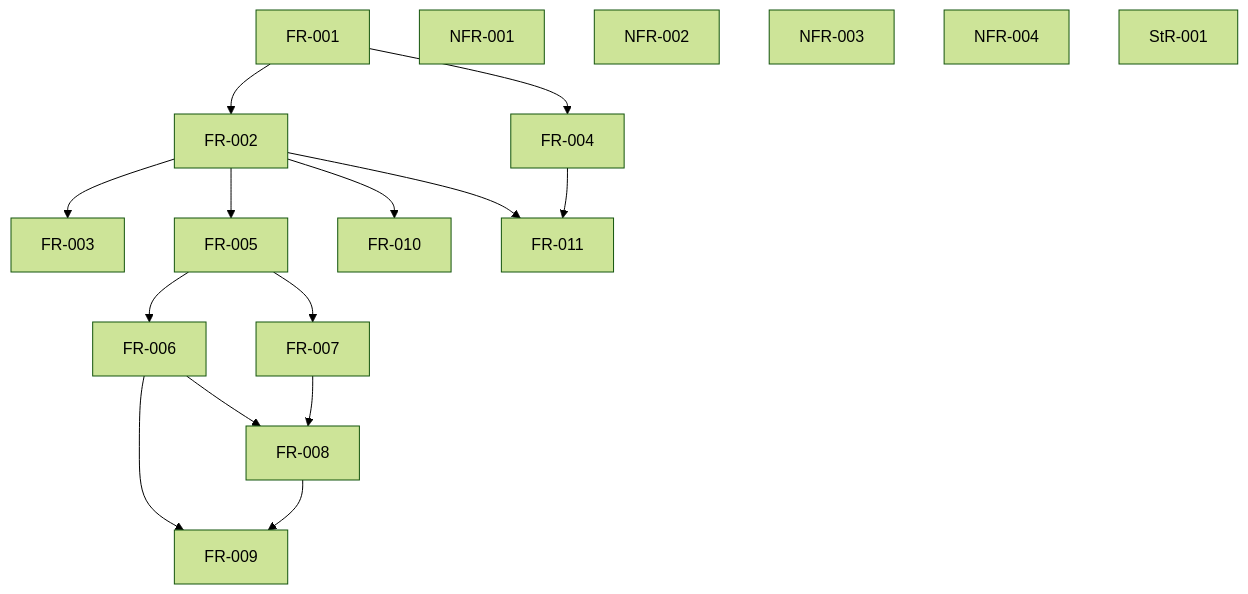
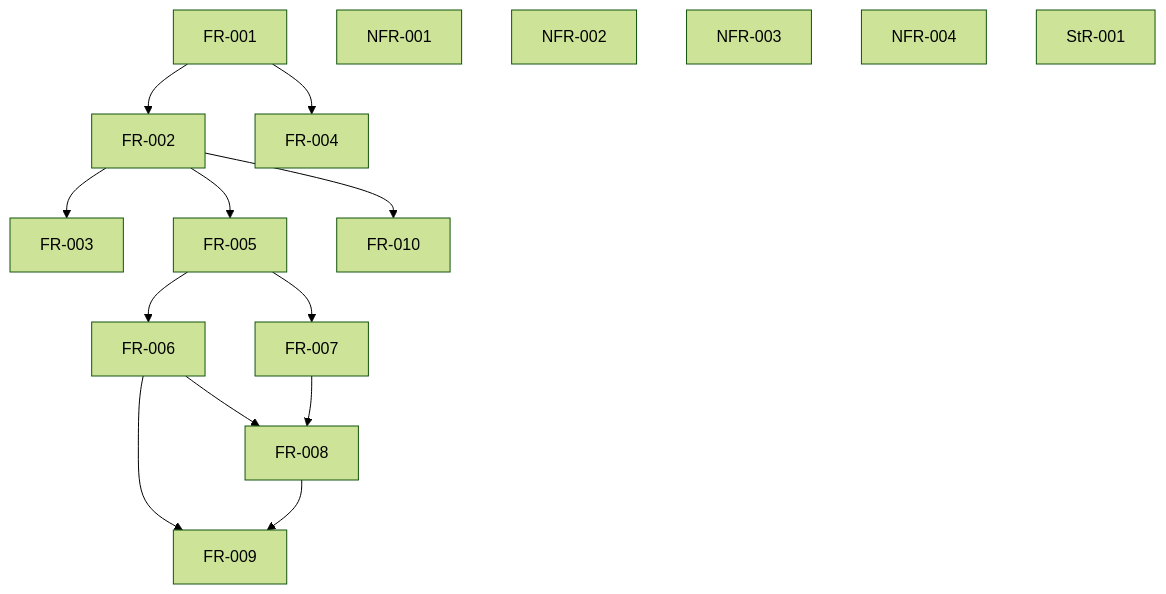
Before and after one commit to agent-ix/quire-spec-language: the diagram in spec/reviews/dependency.md, drawn with Mermaid (forest theme). The commit also changed other lines of this file and 19 other files, not shown here.

````diff
--- a/spec/reviews/dependency.md
+++ b/spec/reviews/dependency.md
@@ -75,32 +73,29 @@
 ```mermaid
 graph TD
   FR-001["FR-001"]
   FR-002["FR-002"]
   FR-003["FR-003"]
   FR-004["FR-004"]
   FR-005["FR-005"]
   FR-006["FR-006"]
   FR-007["FR-007"]
   FR-008["FR-008"]
   FR-009["FR-009"]
   FR-010["FR-010"]
-  FR-011["FR-011"]
   NFR-001["NFR-001"]
   NFR-002["NFR-002"]
   NFR-003["NFR-003"]
   NFR-004["NFR-004"]
   StR-001["StR-001"]
   FR-001 --> FR-002
   FR-001 --> FR-004
   FR-002 --> FR-003
   FR-002 --> FR-005
   FR-002 --> FR-010
   FR-005 --> FR-006
   FR-005 --> FR-007
   FR-006 --> FR-008
   FR-007 --> FR-008
   FR-006 --> FR-009
   FR-008 --> FR-009
-  FR-002 --> FR-011
-  FR-004 --> FR-011
 ```
````
